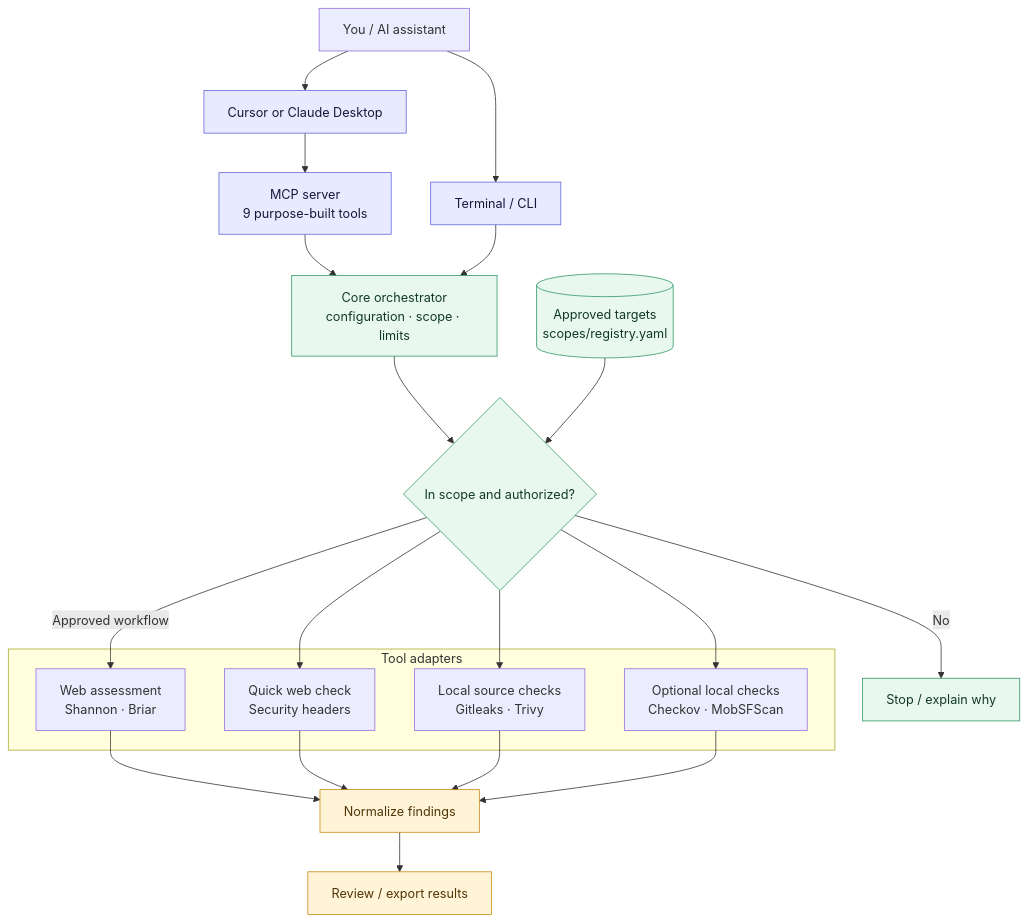
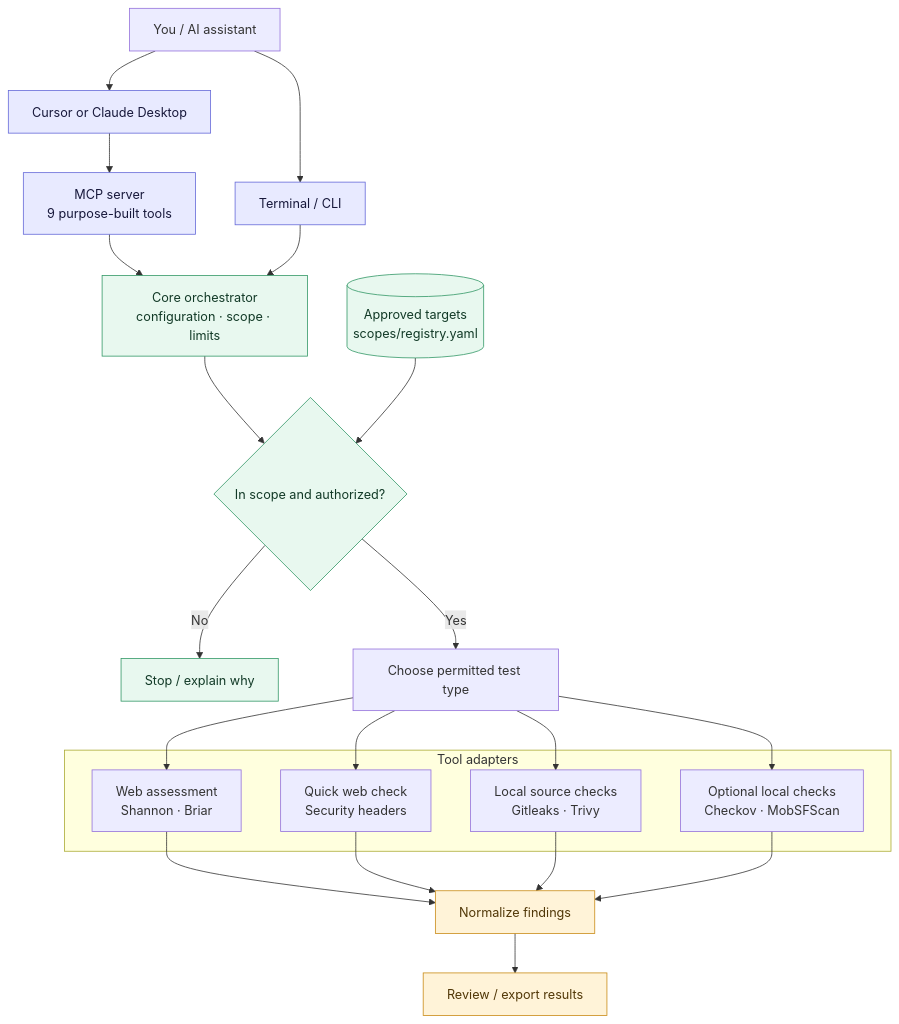
Before and after one commit to eneelkant/pen-testing: the first of 3 diagrams in README.md, drawn with Mermaid.

Commit message:
docs: clarify authorization flow in README diagram

````diff
--- a/README.md
+++ b/README.md
@@ -36,46 +36,47 @@
 ```mermaid
 flowchart TB
     HUMAN["You / AI assistant"]
     CLIENT["Cursor or Claude Desktop"]
     CLI["Terminal / CLI"]
 
     MCP["MCP server<br/>9 purpose-built tools"]
     CORE["Core orchestrator<br/>configuration · scope · limits"]
     SCOPE[("Approved targets<br/>scopes/registry.yaml")]
     GATE{"In scope and authorized?"}
 
     subgraph ADAPTERS["Tool adapters"]
       WEB["Web assessment<br/>Shannon · Briar"]
       QUICK["Quick web check<br/>Security headers"]
       SOURCE["Local source checks<br/>Gitleaks · Trivy"]
       OPTIONAL["Optional local checks<br/>Checkov · MobSFScan"]
     end
 
     NORMALIZE["Normalize findings"]
     REPORTS["Review / export results"]
 
     HUMAN --> CLIENT
     HUMAN --> CLI
     CLIENT --> MCP
     MCP --> CORE
     CLI --> CORE
     CORE --> GATE
     SCOPE --> GATE
     GATE -- "No" --> BLOCK["Stop / explain why"]
-    GATE -- "Approved workflow" --> WEB
-    GATE --> QUICK
-    GATE --> SOURCE
-    GATE --> OPTIONAL
+    GATE -- "Yes" --> ROUTER["Choose permitted test type"]
+    ROUTER --> WEB
+    ROUTER --> QUICK
+    ROUTER --> SOURCE
+    ROUTER --> OPTIONAL
     WEB --> NORMALIZE
     QUICK --> NORMALIZE
     SOURCE --> NORMALIZE
     OPTIONAL --> NORMALIZE
     NORMALIZE --> REPORTS
 
     classDef entry fill:#e8eaff,stroke:#6468d8,color:#17183b;
     classDef safe fill:#e8f8ef,stroke:#329866,color:#123a27;
     classDef result fill:#fff3d8,stroke:#c98b16,color:#513707;
     class CLIENT,CLI,MCP entry;
     class SCOPE,GATE,CORE,BLOCK safe;
     class NORMALIZE,REPORTS result;
 ```
````
